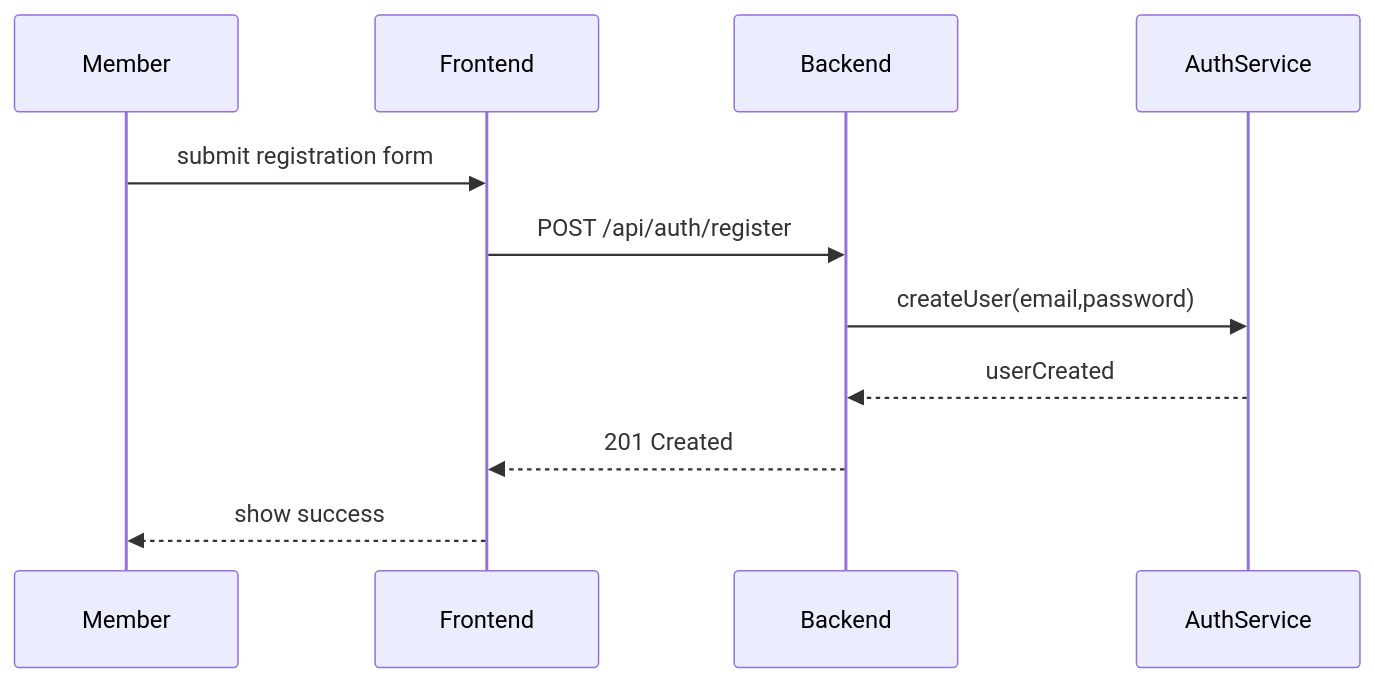
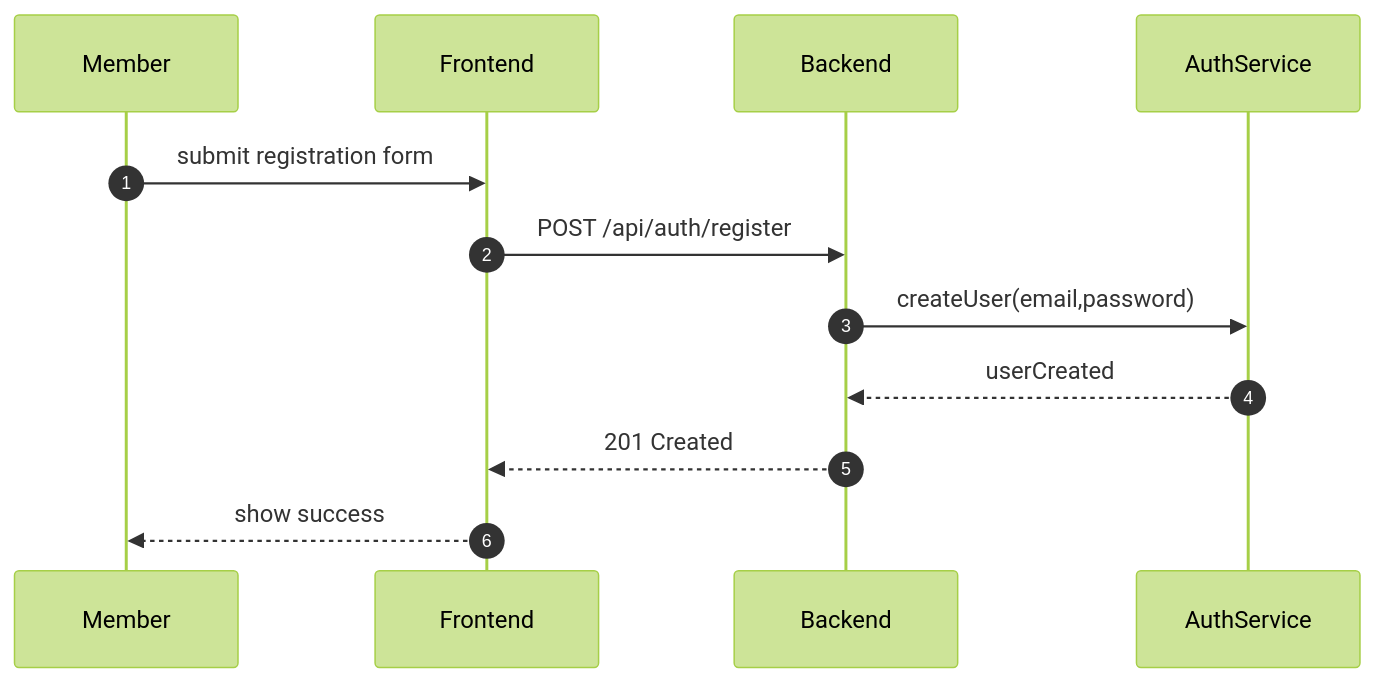
Before and after one commit to ghislainche-ngc/Digital-Njangi-Platform: the fourth of 6 diagrams in docs/uml/diagrams.md, drawn with Mermaid. The commit also changed other lines of this file and 14 other files, not shown here.

````diff
--- a/docs/uml/diagrams.md
+++ b/docs/uml/diagrams.md
@@ -96,14 +90,16 @@
 ```mermaid
+%%{init: {'theme':'forest', 'themeVariables': {'primaryColor':'#f0f8ff','edgeLabelBackground':'#ffffff','tertiaryColor':'#c2dff9'}}}%%
 sequenceDiagram
+    autonumber
     participant U as Member
     participant FE as Frontend
     participant BE as Backend
     participant Auth as AuthService
 
     U->>FE: submit registration form
     FE->>BE: POST /api/auth/register
     BE->>Auth: createUser(email,password)
     Auth-->>BE: userCreated
     BE-->>FE: 201 Created
     FE-->>U: show success
 ```
````
